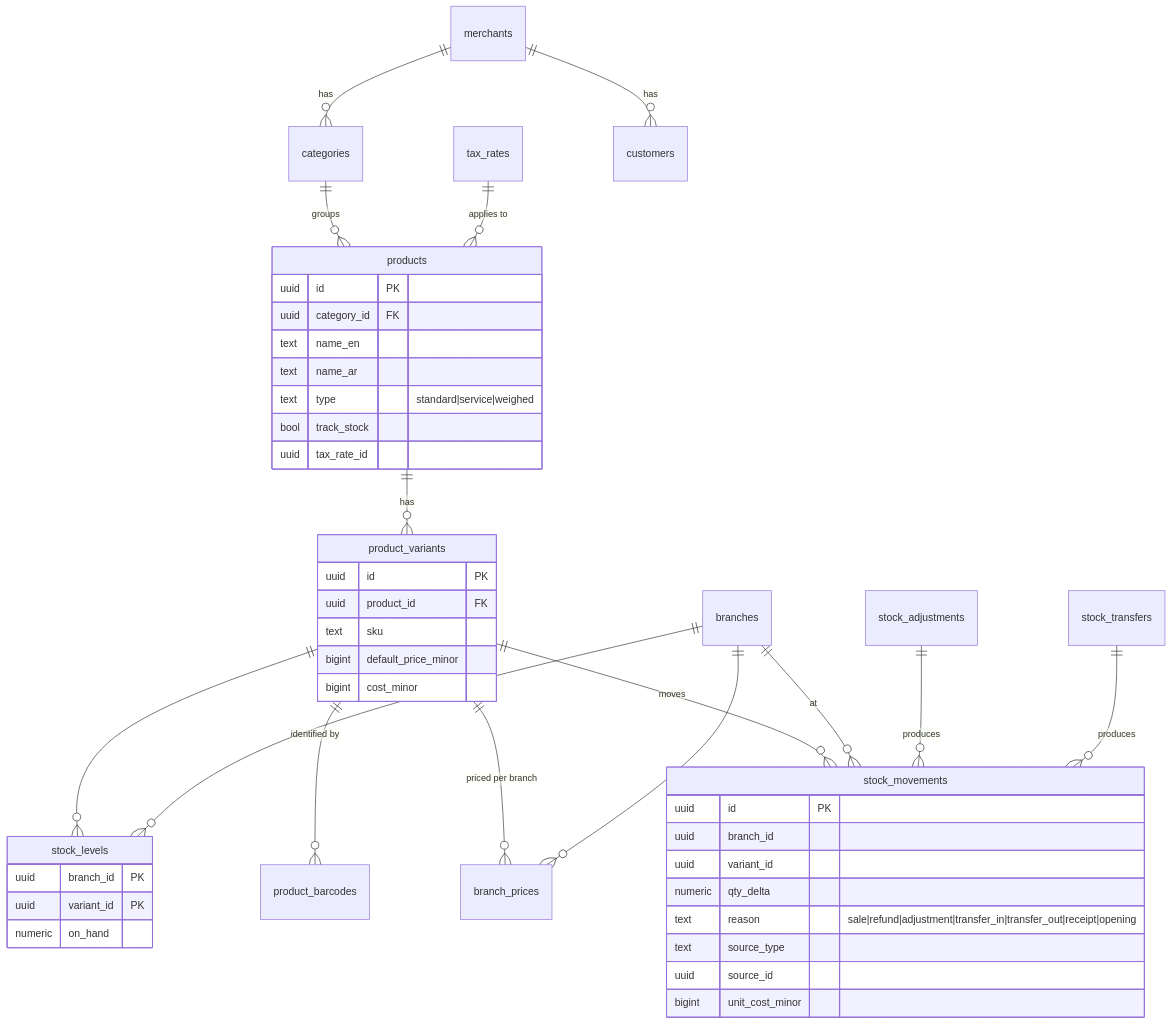
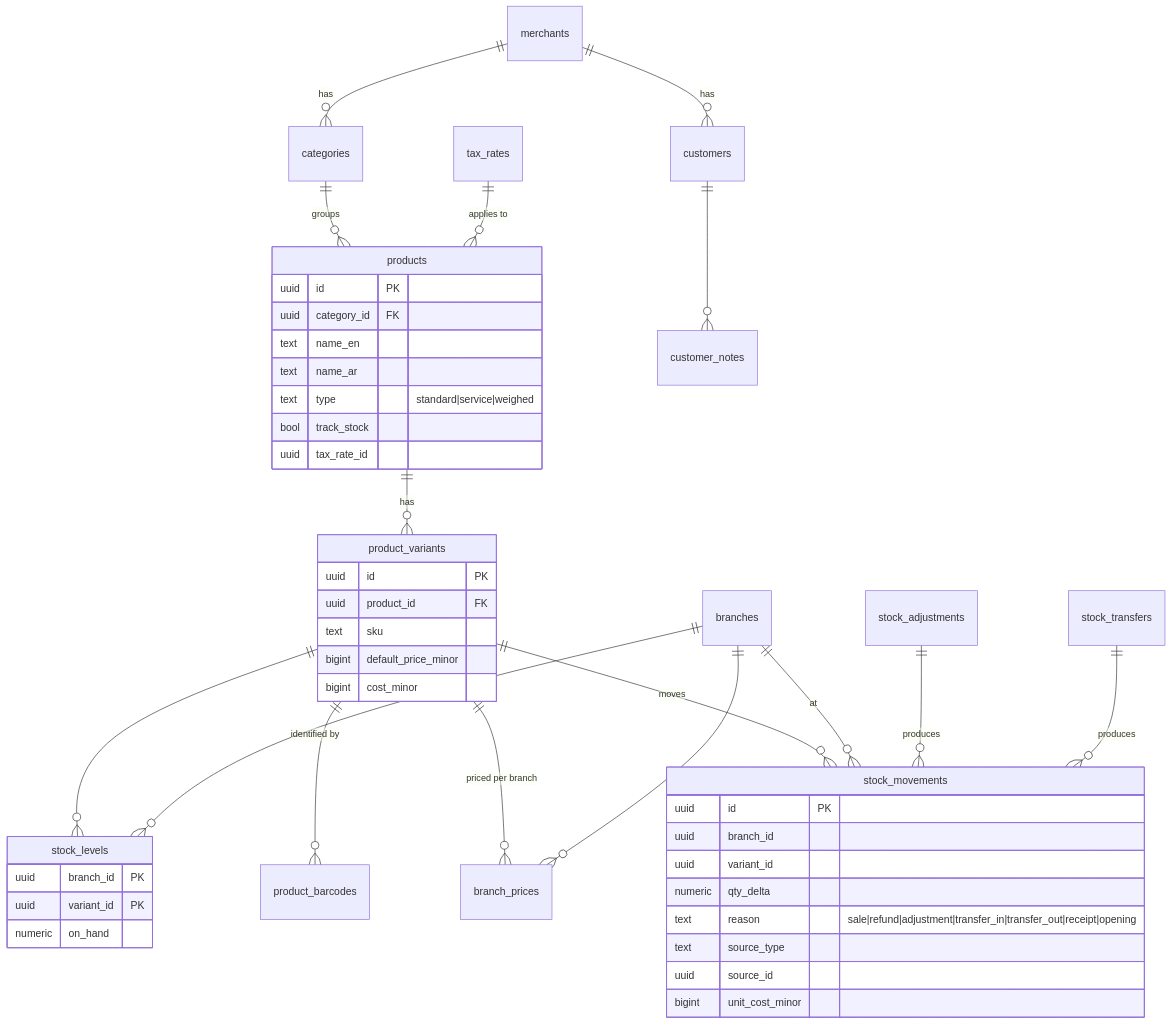
The second of 3 diagrams in docs/DATABASE.md (rhmanovic/arabat-pos-1026), drawn with Mermaid before and after one commit. The commit also changed other lines of this file and 44 other files, not shown here.

First line of the commit message:
Add customer management and link customers to sales

````diff
--- a/docs/DATABASE.md
+++ b/docs/DATABASE.md
@@ -186,49 +186,50 @@
 ```mermaid
 erDiagram
   merchants ||--o{ categories : has
   categories ||--o{ products : groups
   products ||--o{ product_variants : has
   product_variants ||--o{ product_barcodes : "identified by"
   product_variants ||--o{ branch_prices : "priced per branch"
   branches ||--o{ branch_prices : ""
   tax_rates ||--o{ products : "applies to"
   product_variants ||--o{ stock_movements : moves
   branches ||--o{ stock_movements : at
   product_variants ||--o{ stock_levels : ""
   branches ||--o{ stock_levels : ""
   stock_adjustments ||--o{ stock_movements : produces
   stock_transfers ||--o{ stock_movements : produces
   merchants ||--o{ customers : has
+  customers ||--o{ customer_notes : ""
 
   products {
     uuid id PK
     uuid category_id FK
     text name_en
     text name_ar
     text type "standard|service|weighed"
     bool track_stock
     uuid tax_rate_id
   }
   product_variants {
     uuid id PK
     uuid product_id FK
     text sku
     bigint default_price_minor
     bigint cost_minor
   }
   stock_movements {
     uuid id PK
     uuid branch_id
     uuid variant_id
     numeric qty_delta
     text reason "sale|refund|adjustment|transfer_in|transfer_out|receipt|opening"
     text source_type
     uuid source_id
     bigint unit_cost_minor
   }
   stock_levels {
     uuid branch_id PK
     uuid variant_id PK
     numeric on_hand
   }
 ```
````
